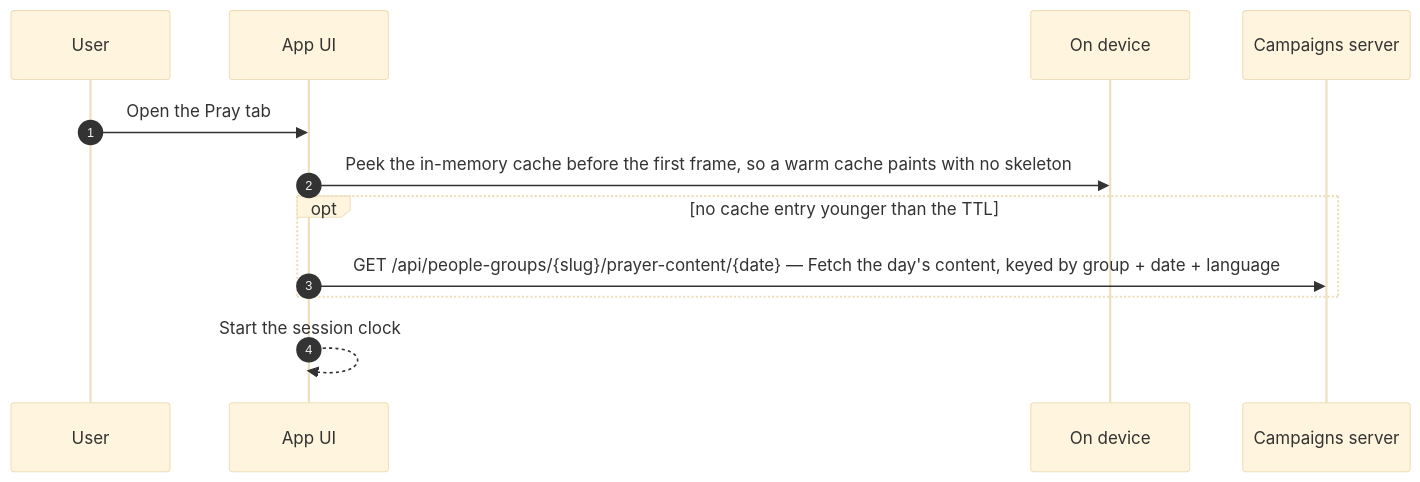
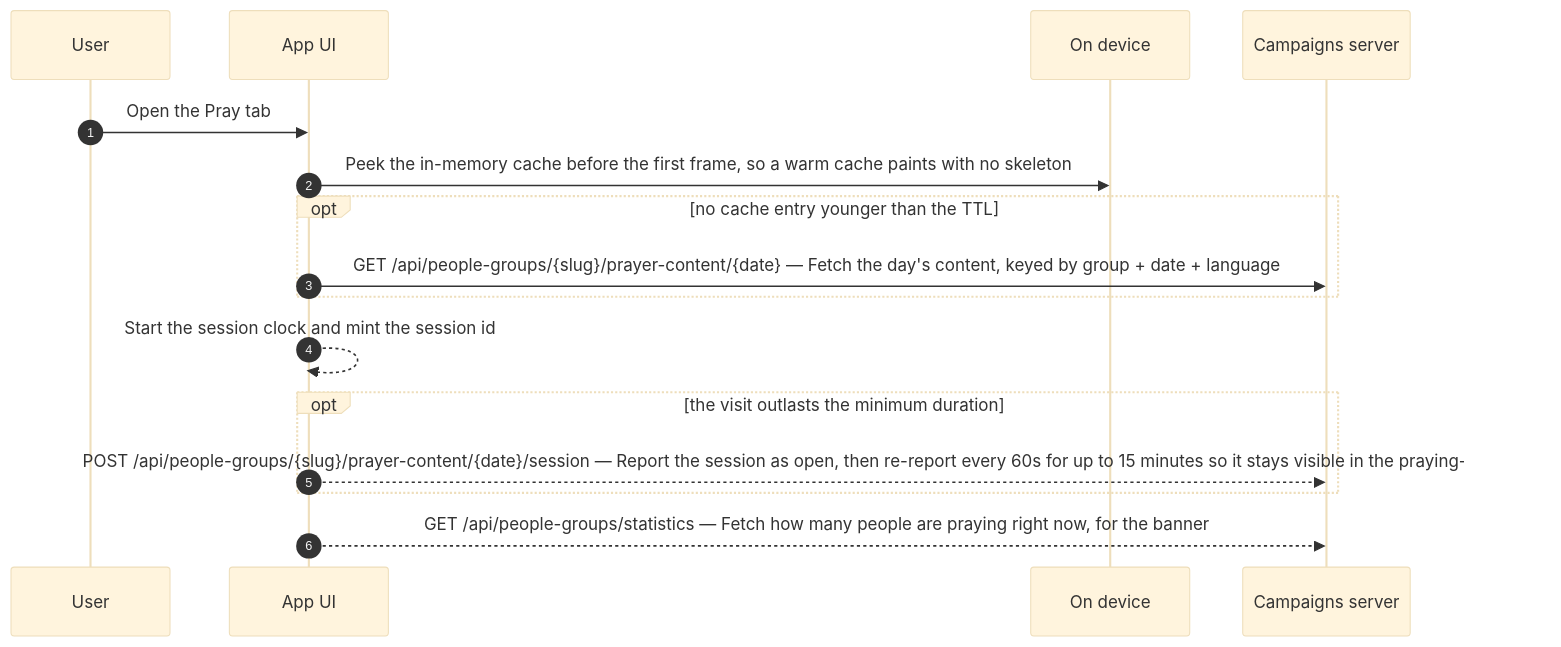
Before and after one commit to doxa-life/doxa-prayer-mobile-app: the ninth of 25 diagrams in docs/architecture/actions.md, drawn with Mermaid (base theme). The commit also changed other lines of this file and 3 other files, not shown here.

````diff
--- a/docs/architecture/actions.md
+++ b/docs/architecture/actions.md
@@ -308,14 +308,18 @@
 ```mermaid
 sequenceDiagram
     autonumber
     participant U as User
     participant UI as App UI
     participant L as On device
     participant S as Campaigns server
     U->>UI: Open the Pray tab
     UI->>L: Peek the in-memory cache before the first frame, so a warm cache paints with no skeleton
     opt no cache entry younger than the TTL
         UI->>S: GET /api/people-groups/{slug}/prayer-content/{date} — Fetch the day's content, keyed by group + date + language
     end
-    UI-->>UI: Start the session clock
+    UI-->>UI: Start the session clock and mint the session id
+    opt the visit outlasts the minimum duration
+        UI-->>S: POST /api/people-groups/{slug}/prayer-content/{date}/session — Report the session as open, then re-report every 60s for up to 15 minutes so it stays visible in the praying-now count
+    end
+    UI-->>S: GET /api/people-groups/statistics — Fetch how many people are praying right now, for the banner
 ```
````
